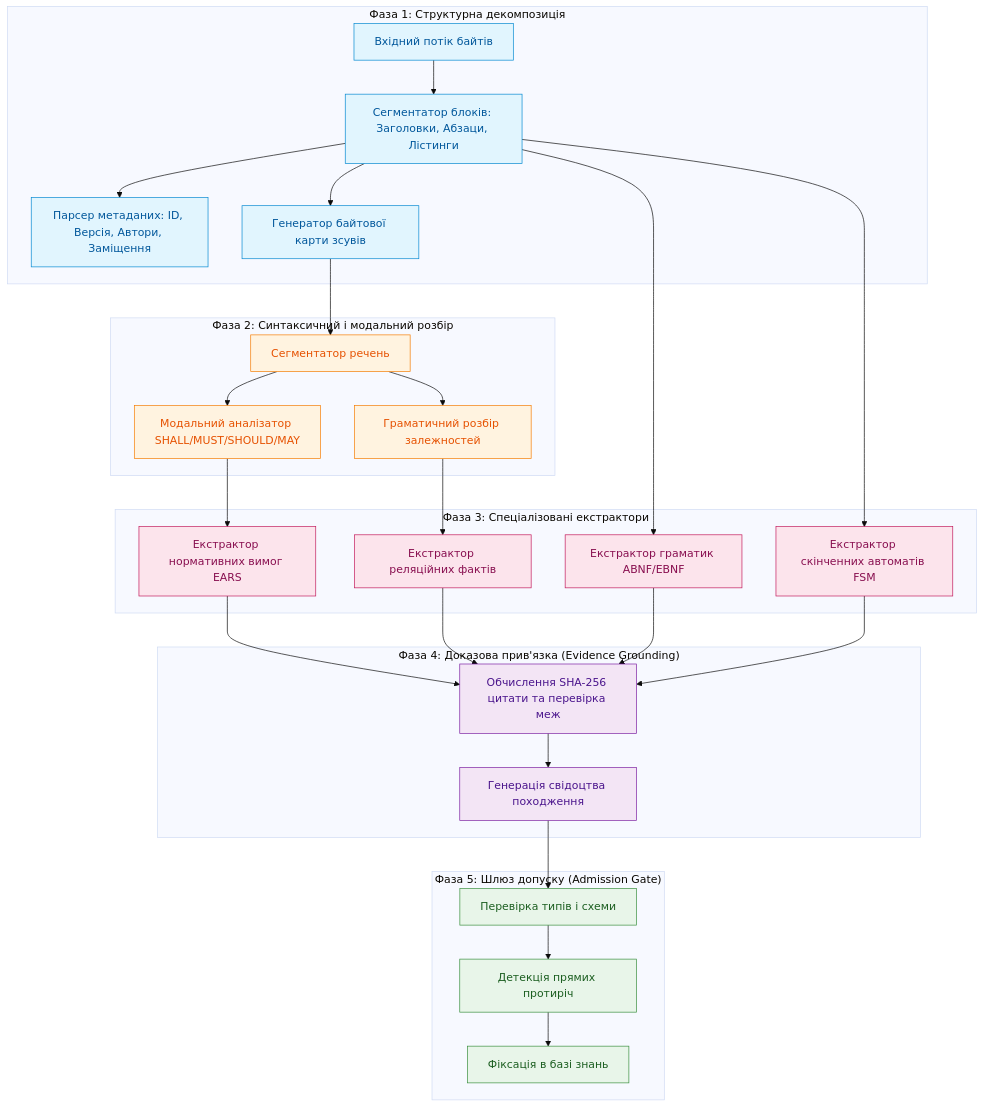
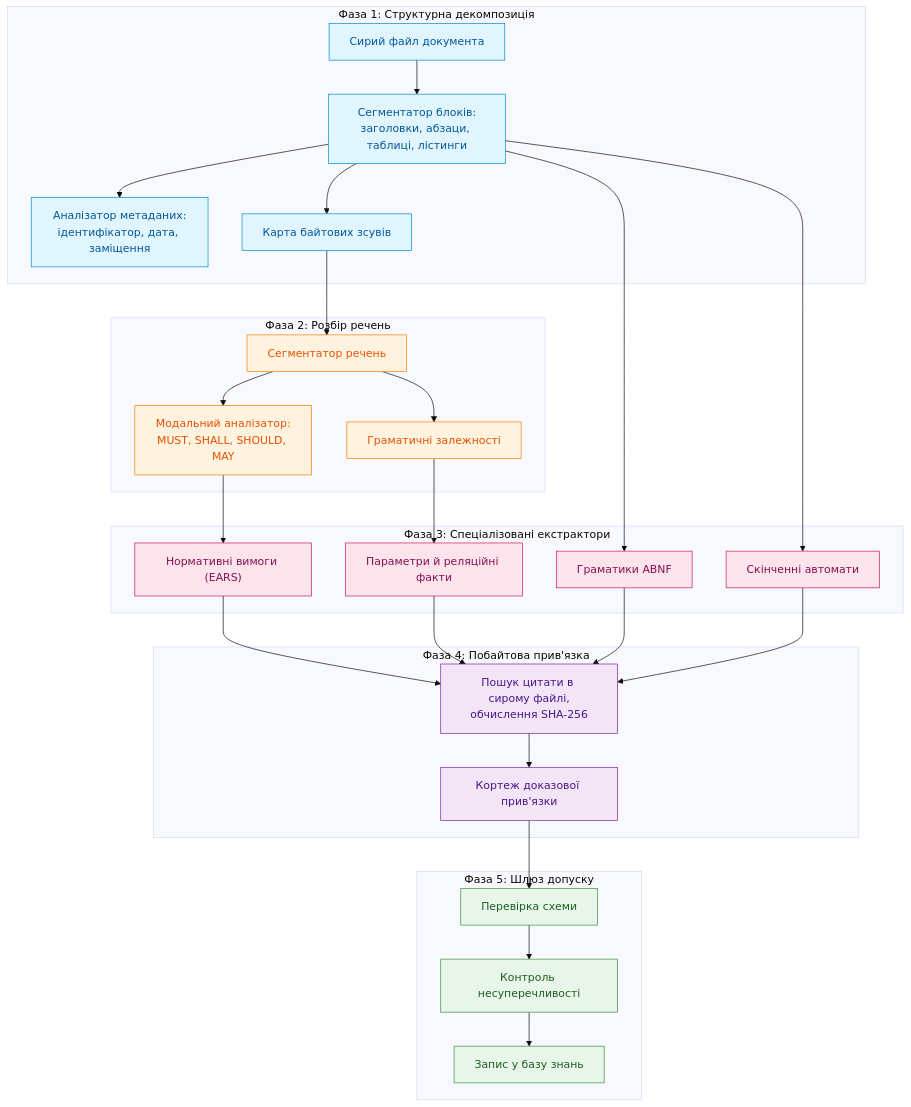
The second of 7 diagrams in ExpertSystem/ch15-knowledge-extraction-and-kb-construction.md (nick-fedchik/articles), drawn with Mermaid (base theme) before and after one commit. The commit also changed other lines of this file, not shown here.

````diff
--- a/ExpertSystem/ch15-knowledge-extraction-and-kb-construction.md
+++ b/ExpertSystem/ch15-knowledge-extraction-and-kb-construction.md
@@ -131,47 +103,47 @@
 ```mermaid
 flowchart TD
-    accTitle: Детальна структура конвеєра екстракції знань
-    accDescr: П'ять фаз екстракції від сирого тексту до валідованого пакета бази знань.
+    accTitle: П'ять фаз конвеєра екстракції знань
+    accDescr: Конвеєр перетворює сирий файл документа через структурну декомпозицію, розбір речень, спеціалізовані екстрактори й побайтову прив'язку на кандидатів, яких шлюз допуску перевіряє перед записом у базу знань.
 
     subgraph Stage1["Фаза 1: Структурна декомпозиція"]
-        In["Вхідний потік байтів"] --> Seg["Сегментатор блоків: Заголовки, Абзаци, Лістинги"]
-        Seg --> Meta["Парсер метаданих: ID, Версія, Автори, Заміщення"]
-        Seg --> ByteMap["Генератор байтової карти зсувів"]
+        In["Сирий файл документа"] --> Seg["Сегментатор блоків:<br/>заголовки, абзаци, таблиці, лістинги"]
+        Seg --> Meta["Аналізатор метаданих:<br/>ідентифікатор, дата, заміщення"]
+        Seg --> ByteMap["Карта байтових зсувів"]
     end
 
-    subgraph Stage2["Фаза 2: Синтаксичний і модальний розбір"]
+    subgraph Stage2["Фаза 2: Розбір речень"]
         ByteMap --> Sent["Сегментатор речень"]
-        Sent --> Modal["Модальний аналізатор SHALL/MUST/SHOULD/MAY"]
-        Sent --> Dep["Граматичний розбір залежностей"]
+        Sent --> Modal["Модальний аналізатор:<br/>MUST, SHALL, SHOULD, MAY"]
+        Sent --> Dep["Граматичні залежності"]
     end
 
     subgraph Stage3["Фаза 3: Спеціалізовані екстрактори"]
-        Modal --> ReqExt["Екстрактор нормативних вимог EARS"]
-        Dep --> RelExt["Екстрактор реляційних фактів"]
-        Seg --> GramExt["Екстрактор граматик ABNF/EBNF"]
-        Seg --> FSMExt["Екстрактор скінченних автоматів FSM"]
+        Modal --> ReqExt["Нормативні вимоги (EARS)"]
+        Dep --> RelExt["Параметри й реляційні факти"]
+        Seg --> GramExt["Граматики ABNF"]
+        Seg --> FSMExt["Скінченні автомати"]
     end
 
-    subgraph Stage4["Фаза 4: Доказова прив'язка (Evidence Grounding)"]
-        ReqExt & RelExt & GramExt & FSMExt --> Prov["Обчислення SHA-256 цитати та перевірка меж"]
-        Prov --> Cert["Генерація свідоцтва походження"]
+    subgraph Stage4["Фаза 4: Побайтова прив'язка"]
+        ReqExt & RelExt & GramExt & FSMExt --> Prov["Пошук цитати в сирому файлі,<br/>обчислення SHA-256"]
+        Prov --> Tuple["Кортеж доказової прив'язки"]
     end
 
-    subgraph Stage5["Фаза 5: Шлюз допуску (Admission Gate)"]
-        Cert --> TypeCheck["Перевірка типів і схеми"]
-        TypeCheck --> ConflictCheck["Детекція прямих протиріч"]
-        ConflictCheck --> Commit["Фіксація в базі знань"]
+    subgraph Stage5["Фаза 5: Шлюз допуску"]
+        Tuple --> TypeCheck["Перевірка схеми"]
+        TypeCheck --> ConflictCheck["Контроль несуперечливості"]
+        ConflictCheck --> Commit["Запис у базу знань"]
     end
 
     classDef f1 fill:#e1f5fe,stroke:#0288d1,stroke-width:1px,color:#01579b;
     classDef f2 fill:#fff3e0,stroke:#f57c00,stroke-width:1px,color:#e65100;
     classDef f3 fill:#fce4ec,stroke:#c2185b,stroke-width:1px,color:#880e4f;
     classDef f4 fill:#f3e5f5,stroke:#7b1fa2,stroke-width:1px,color:#4a148c;
     classDef f5 fill:#e8f5e9,stroke:#388e3c,stroke-width:1px,color:#1b5e20;
 
     class In,Seg,Meta,ByteMap f1;
     class Sent,Modal,Dep f2;
     class ReqExt,RelExt,GramExt,FSMExt f3;
-    class Prov,Cert f4;
+    class Prov,Tuple f4;
     class TypeCheck,ConflictCheck,Commit f5;
 ```
````
